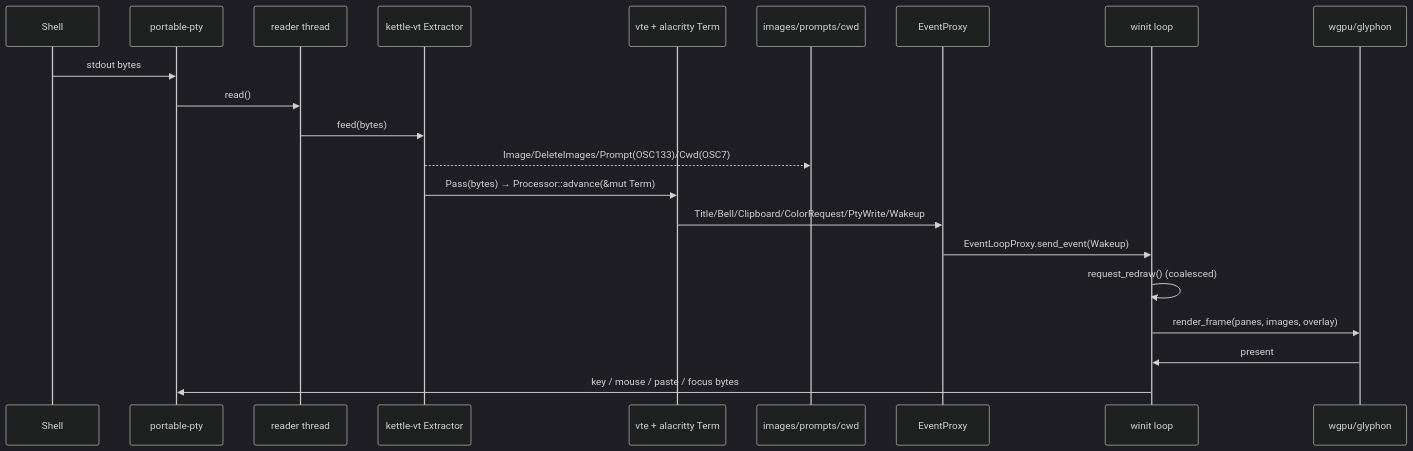
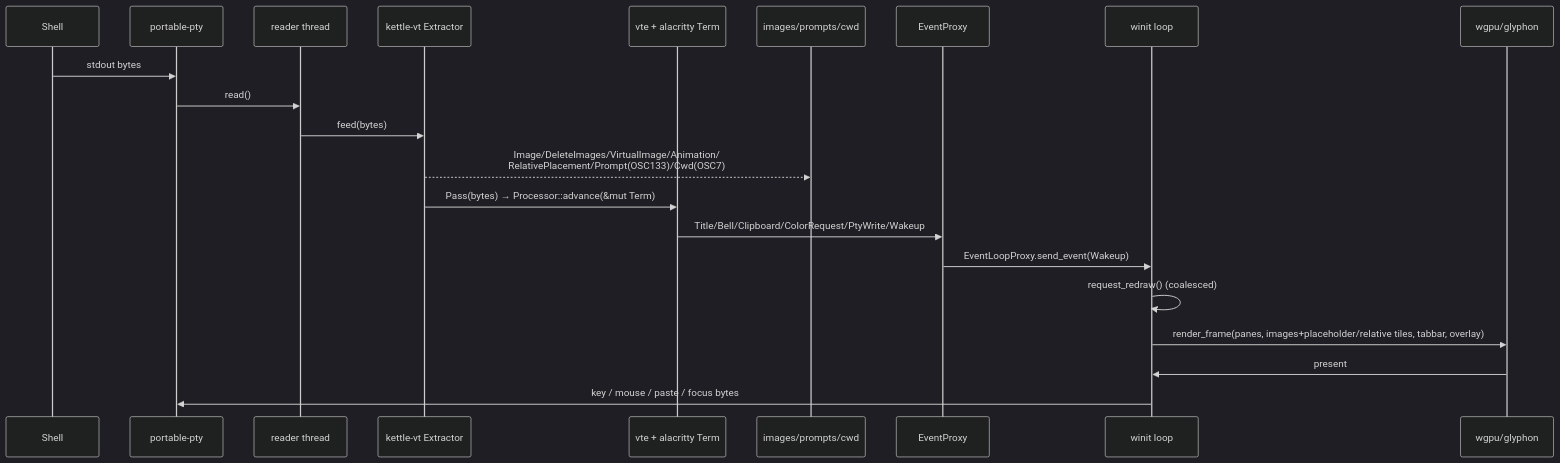
Before and after one commit to Reddimus/kettle: the second of 3 diagrams in docs/ARCHITECTURE.md, drawn with Mermaid (dark theme). The commit also changed other lines of this file and 1 other file, not shown here.

First line of the commit message:
docs: refresh ARCHITECTURE.md + add kitty-pipeline mermaid

````diff
--- a/docs/ARCHITECTURE.md
+++ b/docs/ARCHITECTURE.md
@@ -26,24 +26,24 @@
 ```mermaid
 sequenceDiagram
     participant Shell
     participant PTY as portable-pty
     participant Reader as reader thread
     participant Ext as kettle-vt Extractor
     participant VT as vte + alacritty Term
     participant Side as images/prompts/cwd
     participant Proxy as EventProxy
     participant UI as winit loop
     participant GPU as wgpu/glyphon
 
     Shell->>PTY: stdout bytes
     PTY->>Reader: read()
     Reader->>Ext: feed(bytes)
-    Ext-->>Side: Image/DeleteImages/Prompt(OSC133)/Cwd(OSC7)
+    Ext-->>Side: Image/DeleteImages/VirtualImage/Animation/<br/>RelativePlacement/Prompt(OSC133)/Cwd(OSC7)
     Ext->>VT: Pass(bytes) → Processor::advance(&mut Term)
     VT->>Proxy: Title/Bell/Clipboard/ColorRequest/PtyWrite/Wakeup
     Proxy->>UI: EventLoopProxy.send_event(Wakeup)
     UI->>UI: request_redraw() (coalesced)
-    UI->>GPU: render_frame(panes, images, overlay)
+    UI->>GPU: render_frame(panes, images+placeholder/relative tiles, tabbar, overlay)
     GPU->>UI: present
     UI->>PTY: key / mouse / paste / focus bytes
 ```
````
